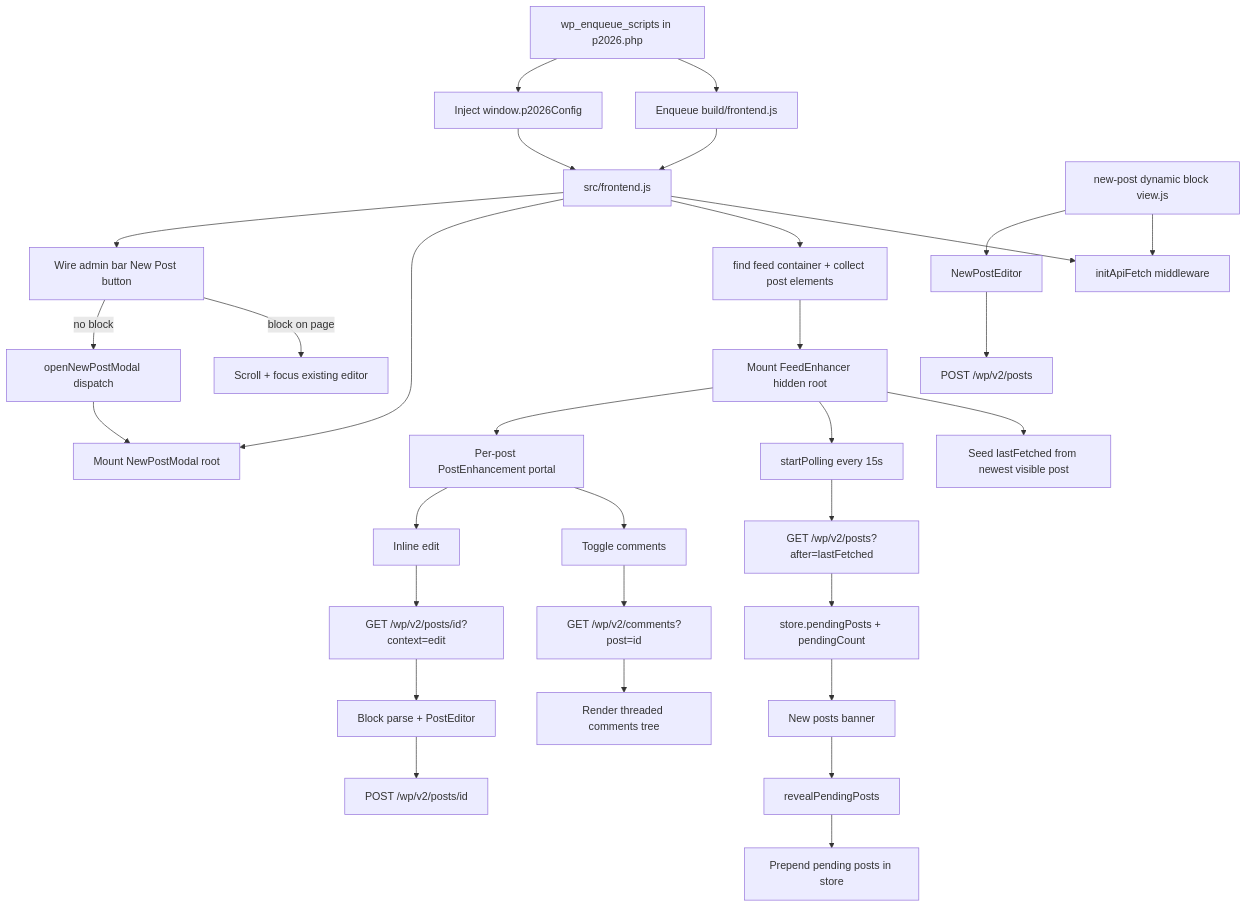
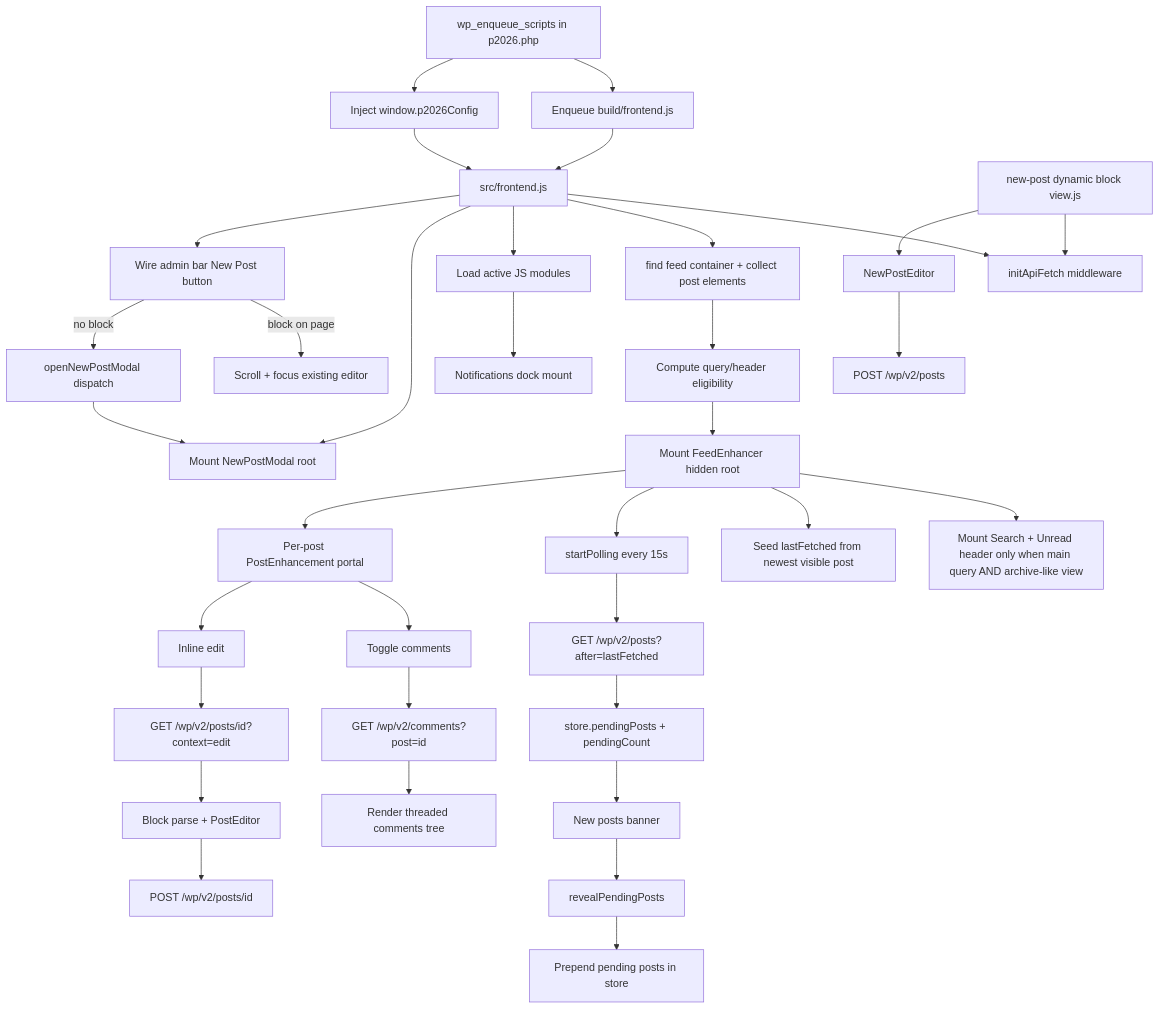
Before and after one commit to georgestephanis/p2-next: the diagram in ARCHITECTURE.md, drawn with Mermaid. The commit also changed other lines of this file and 3 other files, not shown here.

First line of the commit message:
Docs: document search, unread, and notifications

````diff
--- a/ARCHITECTURE.md
+++ b/ARCHITECTURE.md
@@ -14,40 +14,44 @@
 ```mermaid
 flowchart TD
     A[wp_enqueue_scripts in p2026.php] --> B[Enqueue build/frontend.js]
     A --> C[Inject window.p2026Config]
 
     B --> D[src/frontend.js]
     C --> D
 
     D --> E[initApiFetch middleware]
     D --> F[find feed container + collect post elements]
+    D --> AF[Load active JS modules]
+    AF --> AG[Notifications dock mount]
     D --> AB[Mount NewPostModal root]
     D --> AC[Wire admin bar New Post button]
     AC -->|block on page| AD[Scroll + focus existing editor]
     AC -->|no block| AE[openNewPostModal dispatch]
     AE --> AB
-    F --> G[Mount FeedEnhancer hidden root]
+    F --> AH[Compute query/header eligibility]
+    AH --> G[Mount FeedEnhancer hidden root]
 
+    G --> AI[Mount Search + Unread header only when main query AND archive-like view]
     G --> H[Seed lastFetched from newest visible post]
     G --> I[startPolling every 15s]
 
     I --> J[GET /wp/v2/posts?after=lastFetched]
     J --> K[store.pendingPosts + pendingCount]
     K --> L[New posts banner]
     L --> M[revealPendingPosts]
     M --> N[Prepend pending posts in store]
 
     G --> O[Per-post PostEnhancement portal]
     O --> P[Toggle comments]
     P --> Q[GET /wp/v2/comments?post=id]
     Q --> R[Render threaded comments tree]
 
     O --> S[Inline edit]
     S --> T[GET /wp/v2/posts/id?context=edit]
     T --> U[Block parse + PostEditor]
     U --> V[POST /wp/v2/posts/id]
 
     W[new-post dynamic block view.js] --> E
     W --> X[NewPostEditor]
     X --> Y[POST /wp/v2/posts]
 ```
````
